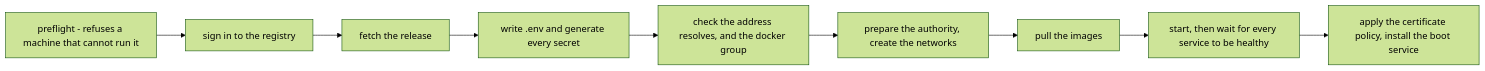
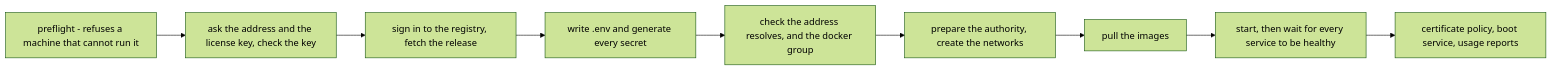
One commit to understand-tech/ai-in-a-box changed the diagram in docs/install.md. Above: the diagram before and after it, drawn with Mermaid (forest theme). The commit also changed other lines of this file, not shown here.

````diff
--- a/docs/install.md
+++ b/docs/install.md
@@ -14,14 +14,14 @@
 ```mermaid
 flowchart LR
     PREFLIGHT["preflight - refuses a machine that cannot run it"]
-    LOGIN["sign in to the registry"]
-    FETCH["fetch the release"]
+    ASK["ask the address and the license key, check the key"]
+    FETCH["sign in to the registry, fetch the release"]
     CONFIGURE["write .env and generate every secret"]
     RESOLVE["check the address resolves, and the docker group"]
     CA["prepare the authority, create the networks"]
     PULL["pull the images"]
     START["start, then wait for every service to be healthy"]
-    PERSIST["apply the certificate policy, install the boot service"]
-    PREFLIGHT --> LOGIN --> FETCH --> CONFIGURE --> RESOLVE
+    PERSIST["certificate policy, boot service, usage reports"]
+    PREFLIGHT --> ASK --> FETCH --> CONFIGURE --> RESOLVE
     RESOLVE --> CA --> PULL --> START --> PERSIST
 ```
````
